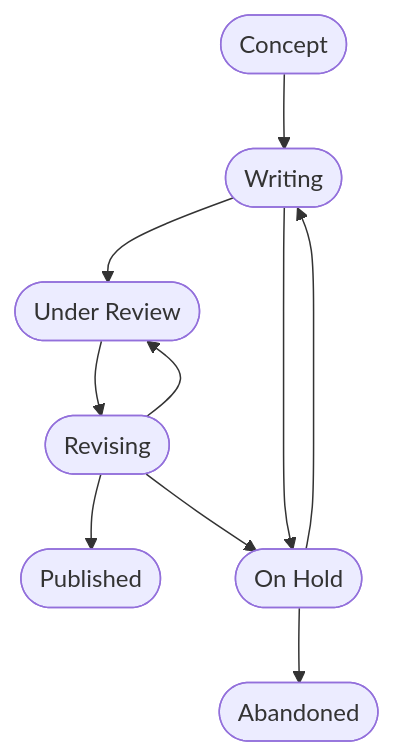
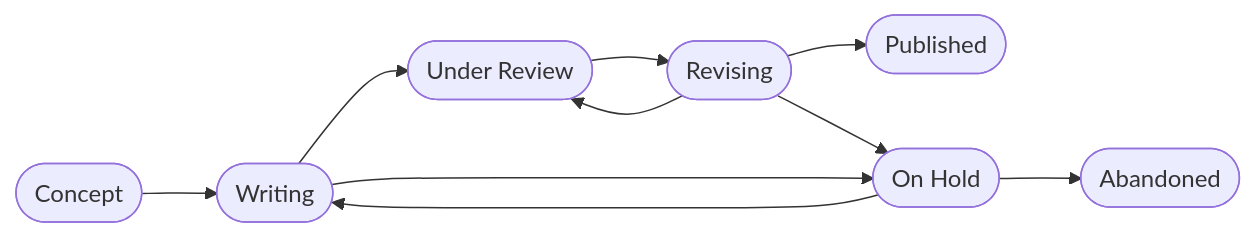
Before and after one commit to digital-work-lab/handbook: the diagram in docs/20-research/25-projects.md, drawn with Mermaid.

````diff
--- a/docs/20-research/25-projects.md
+++ b/docs/20-research/25-projects.md
@@ -29,14 +29,14 @@
 ```mermaid
 
-flowchart TD
+flowchart LR
     Concept([Concept]) --> Writing([Writing])
     Writing --> UnderReview([Under Review])
     UnderReview --> Revising([Revising])
     Revising --> UnderReview
     Revising --> Published([Published])
     Writing --> OnHold([On Hold])
     Revising --> OnHold
     OnHold --> Abandoned([Abandoned])
     OnHold --> Writing
 
 ```
````
